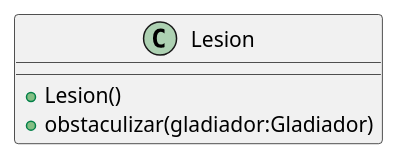
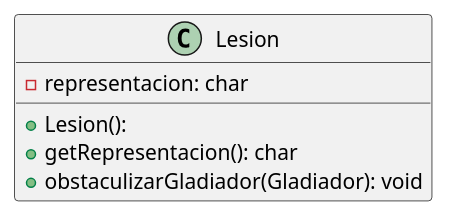
One commit to mcumskov/Algo3_tp2 changed the diagram in diagrams/clases/casilla/clase_lesion.plantuml. Above: the diagram before and after it, drawn with PlantUML. The commit also changed 25 other files, not shown here.

Commit message:
actualizo mas diagramas

```diff
--- a/diagrams/clases/casilla/clase_lesion.plantuml
+++ b/diagrams/clases/casilla/clase_lesion.plantuml
@@ -1,6 +1,11 @@
 @startuml
+skinparam linetype ortho
+
 class Lesion {
-  + Lesion()
-  + obstaculizar(gladiador:Gladiador)
+  + Lesion():
+  - representacion: char
+  + getRepresentacion(): char
+  + obstaculizarGladiador(Gladiador): void
 }
+
 @enduml
```
